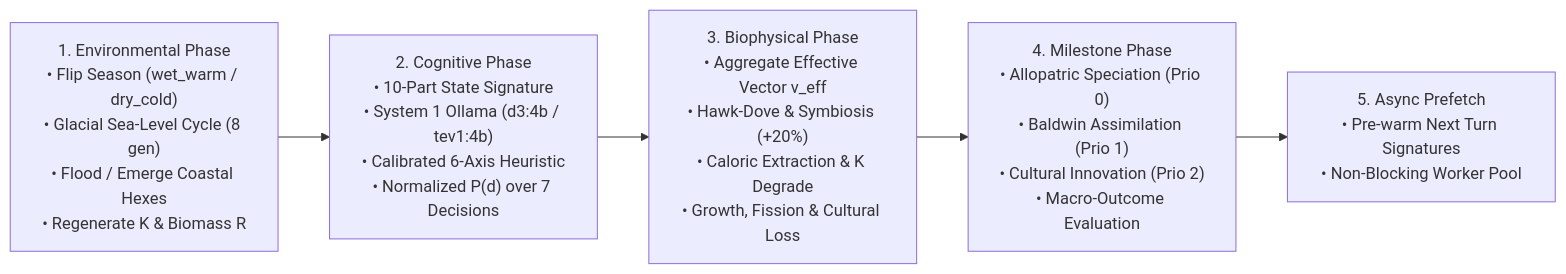
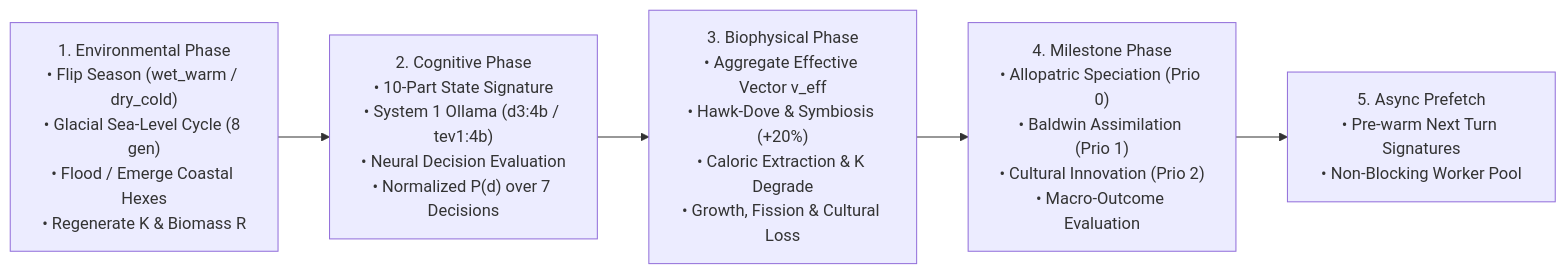
One commit to arrase/Evolution changed the diagram in gh-pages/index.md. Above: the diagram before and after it, drawn with Mermaid. The commit also changed other lines of this file and 15 other files, not shown here.

First line of the commit message:
Enforce live Ollama decision models and remove deterministic decision heuristics

````diff
--- a/gh-pages/index.md
+++ b/gh-pages/index.md
@@ -96,7 +96,7 @@
 ```mermaid
 flowchart LR
-    Env["1. Environmental Phase\n• Flip Season (wet_warm / dry_cold)\n• Glacial Sea-Level Cycle (8 gen)\n• Flood / Emerge Coastal Hexes\n• Regenerate K & Biomass R"] --> Cog["2. Cognitive Phase\n• 10-Part State Signature\n• System 1 Ollama (d3:4b / tev1:4b)\n• Calibrated 6-Axis Heuristic\n• Normalized P(d) over 7 Decisions"]
+    Env["1. Environmental Phase\n• Flip Season (wet_warm / dry_cold)\n• Glacial Sea-Level Cycle (8 gen)\n• Flood / Emerge Coastal Hexes\n• Regenerate K & Biomass R"] --> Cog["2. Cognitive Phase\n• 10-Part State Signature\n• System 1 Ollama (d3:4b / tev1:4b)\n• Neural Decision Evaluation\n• Normalized P(d) over 7 Decisions"]
     Cog --> Bio["3. Biophysical Phase\n• Aggregate Effective Vector v_eff\n• Hawk-Dove & Symbiosis (+20%)\n• Caloric Extraction & K Degrade\n• Growth, Fission & Cultural Loss"]
     Bio --> Mile["4. Milestone Phase\n• Allopatric Speciation (Prio 0)\n• Baldwin Assimilation (Prio 1)\n• Cultural Innovation (Prio 2)\n• Macro-Outcome Evaluation"]
     Mile --> Prefetch["5. Async Prefetch\n• Pre-warm Next Turn Signatures\n• Non-Blocking Worker Pool"]
 ```
````
